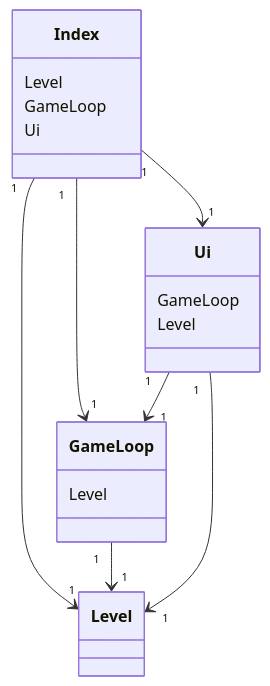
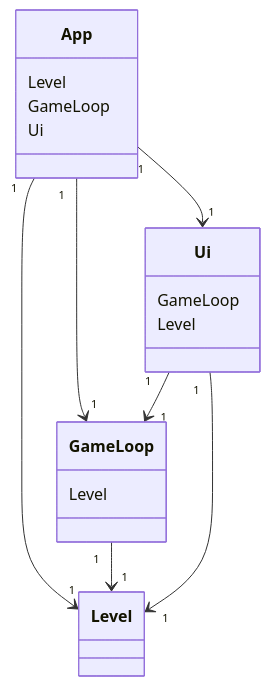
The first of 2 diagrams in dokumentaatio/arkkitehtuuri.md (AapoTuulentie/ot-harjoitusty-), drawn with Mermaid before and after one commit. The commit also changed other lines of this file, not shown here.

````diff
--- a/dokumentaatio/arkkitehtuuri.md
+++ b/dokumentaatio/arkkitehtuuri.md
@@ -9,33 +9,33 @@
 ```mermaid
     classDiagram
 
-        Index "1" --> "1" GameLoop
-        Index "1" --> "1" Level
+        App "1" --> "1" GameLoop
+        App "1" --> "1" Level
         GameLoop "1" --> "1" Level
-        Index "1" --> "1" Ui
+        App "1" --> "1" Ui
         Ui "1" --> "1" GameLoop
         Ui "1" --> "1" Level
 
-        class Index{
+        class App{
             Level
             GameLoop
             Ui
 
         }
 
     class Level{
 
 
     }
 
     class GameLoop{
         Level
 
     }
 
     class Ui{
         GameLoop
         Level
     }
     
 ```
````
